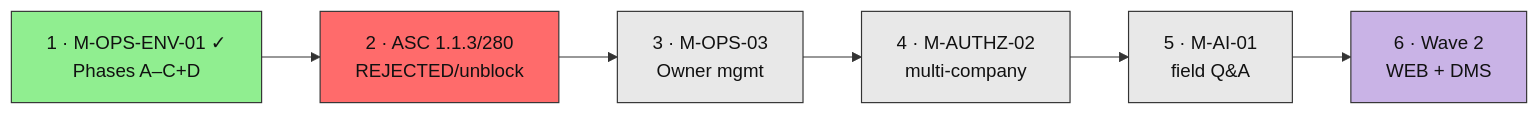
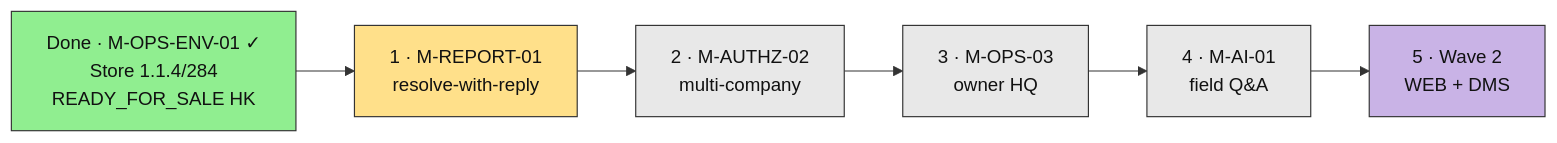
Before and after one commit to insitetechltd/buildtrack: the first of 3 diagrams in documentation/ROADMAP.md, drawn with Mermaid. The commit also changed other lines of this file and 6 other files, not shown here.

````diff
--- a/documentation/ROADMAP.md
+++ b/documentation/ROADMAP.md
@@ -27,16 +27,22 @@
 ```mermaid
 flowchart LR
-  ENV["1 · M-OPS-ENV-01 ✓<br/>Phases A–C+D"]
-  ENV --> ASC["2 · ASC 1.1.3/280<br/>REJECTED/unblock"]
-  ASC --> OPS03["3 · M-OPS-03<br/>Owner mgmt"]
-  OPS03 --> AUTHZ02["4 · M-AUTHZ-02<br/>multi-company"]
-  AUTHZ02 --> AI01["5 · M-AI-01<br/>field Q&A"]
-  AI01 --> WAVE2["6 · Wave 2<br/>WEB + DMS"]
+  DONE["Done · M-OPS-ENV-01 ✓<br/>Store 1.1.4/284<br/>READY_FOR_SALE HK"]
+  REPORT["1 · M-REPORT-01<br/>resolve-with-reply"]
+  AUTHZ02["2 · M-AUTHZ-02<br/>multi-company"]
+  OPS03["3 · M-OPS-03<br/>owner HQ"]
+  AI01["4 · M-AI-01<br/>field Q&A"]
+  WAVE2["5 · Wave 2<br/>WEB + DMS"]
 
-  style ENV fill:#90ee90,stroke:#333,color:#111
-  style ASC fill:#ff6b6b,stroke:#333,color:#111
+  DONE --> REPORT
+  REPORT --> AUTHZ02
+  AUTHZ02 --> OPS03
+  OPS03 --> AI01
+  AI01 --> WAVE2
+
+  style DONE fill:#90ee90,stroke:#333,color:#111
+  style REPORT fill:#ffe08a,stroke:#333,color:#111
+  style AUTHZ02 fill:#e8e8e8,stroke:#333,color:#111
   style OPS03 fill:#e8e8e8,stroke:#333,color:#111
-  style AUTHZ02 fill:#e8e8e8,stroke:#333,color:#111
   style AI01 fill:#e8e8e8,stroke:#333,color:#111
   style WAVE2 fill:#c9b3e6,stroke:#333,color:#111
 ```
````
